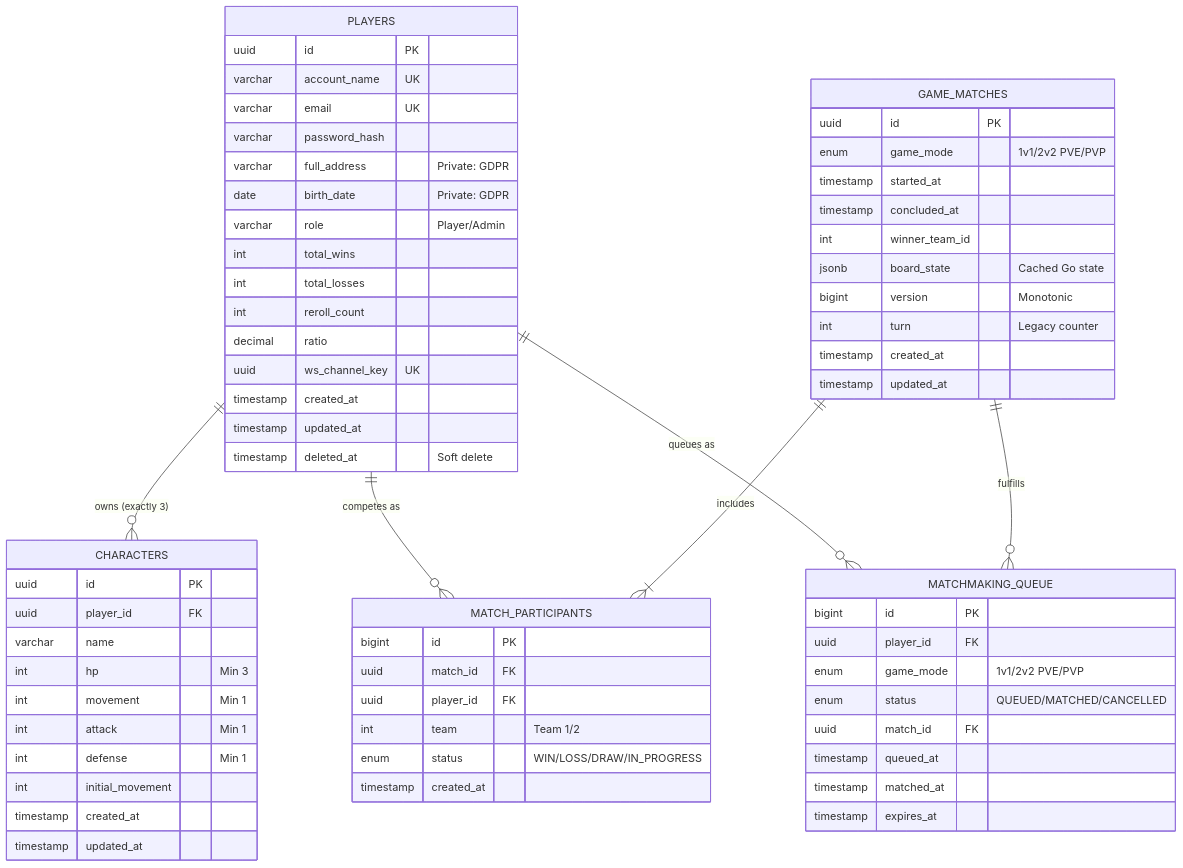
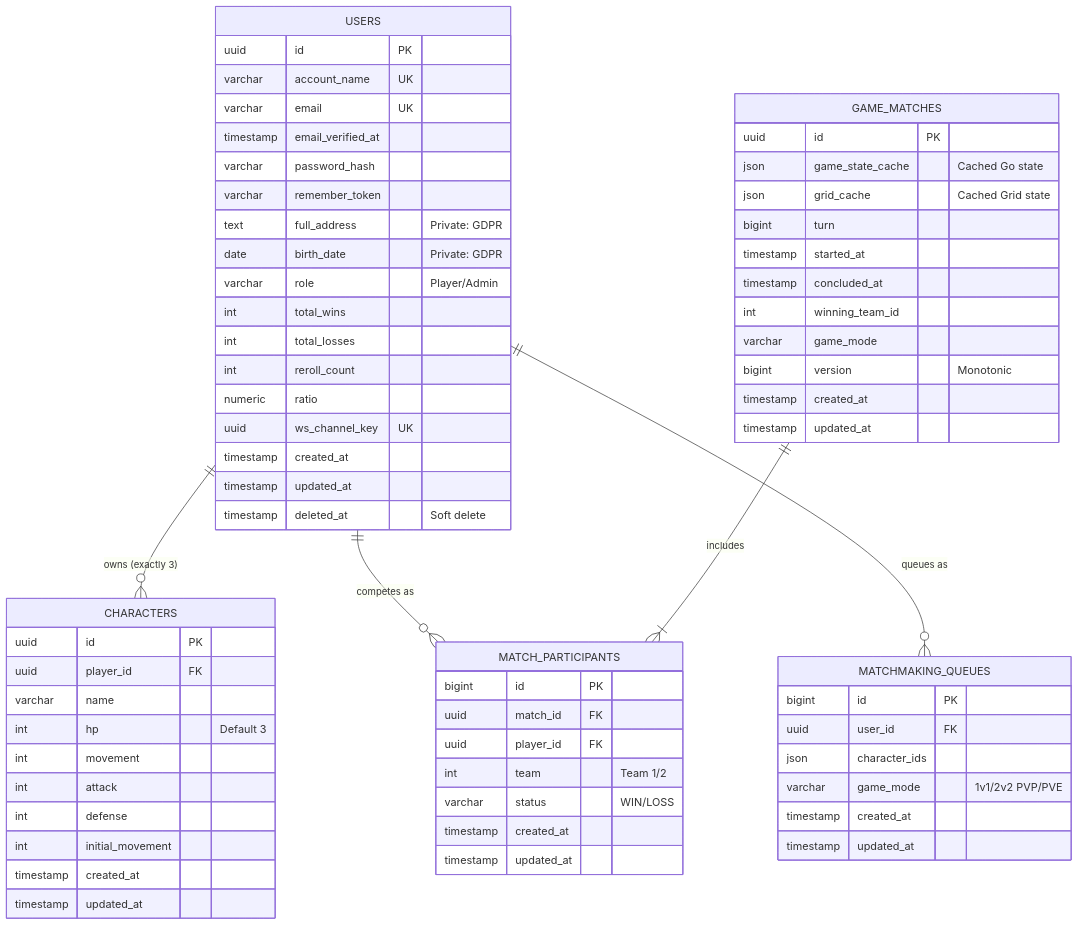
One commit to ecumeurs/upsilon-hub changed the diagram in db.md. Above: the diagram before and after it, drawn with Mermaid. The commit also changed other lines of this file and 3 other files, not shown here.

Commit message:
docs: synchronize db.md with actual schema and file drift issue ISS-060

````diff
--- a/db.md
+++ b/db.md
@@ -91,72 +90,73 @@
 ```mermaid
 erDiagram
-    PLAYERS ||--o{ CHARACTERS : "owns (exactly 3)"
-    PLAYERS ||--o{ MATCH_PARTICIPANTS : "competes as"
-    PLAYERS ||--o{ MATCHMAKING_QUEUE : "queues as"
+    USERS ||--o{ CHARACTERS : "owns (exactly 3)"
+    USERS ||--o{ MATCH_PARTICIPANTS : "competes as"
+    USERS ||--o{ MATCHMAKING_QUEUES : "queues as"
     GAME_MATCHES ||--|{ MATCH_PARTICIPANTS : "includes"
-    GAME_MATCHES ||--o{ MATCHMAKING_QUEUE : "fulfills"
     
-    PLAYERS {
+    USERS {
         uuid id PK
         varchar account_name UK
         varchar email UK
+        timestamp email_verified_at
         varchar password_hash
-        varchar full_address "Private: GDPR"
+        varchar remember_token
+        text full_address "Private: GDPR"
         date birth_date "Private: GDPR"
         varchar role "Player/Admin"
         int total_wins
         int total_losses
         int reroll_count
-        decimal ratio
+        numeric ratio
         uuid ws_channel_key UK
         timestamp created_at
         timestamp updated_at
         timestamp deleted_at "Soft delete"
     }
     
     CHARACTERS {
         uuid id PK
         uuid player_id FK
         varchar name
-        int hp "Min 3"
-        int movement "Min 1"
-        int attack "Min 1"
-        int defense "Min 1"
+        int hp "Default 3"
+        int movement
+        int attack
+        int defense
         int initial_movement
         timestamp created_at
         timestamp updated_at
     }
     
     GAME_MATCHES {
         uuid id PK
-        enum game_mode "1v1/2v2 PVE/PVP"
+        json game_state_cache "Cached Go state"
+        json grid_cache "Cached Grid state"
+        bigint turn
         timestamp started_at
         timestamp concluded_at
-        int winner_team_id
-        jsonb board_state "Cached Go state"
+        int winning_team_id
+        varchar game_mode
         bigint version "Monotonic"
-        int turn "Legacy counter"
         timestamp created_at
         timestamp updated_at
     }
 
     MATCH_PARTICIPANTS {
         bigint id PK
         uuid match_id FK
         uuid player_id FK
         int team "Team 1/2"
-        enum status "WIN/LOSS/DRAW/IN_PROGRESS"
+        varchar status "WIN/LOSS"
         timestamp created_at
+        timestamp updated_at
     }
     
-    MATCHMAKING_QUEUE {
+    MATCHMAKING_QUEUES {
         bigint id PK
-        uuid player_id FK
-        enum game_mode "1v1/2v2 PVE/PVP"
-        enum status "QUEUED/MATCHED/CANCELLED"
-        uuid match_id FK
-        timestamp queued_at
-        timestamp matched_at
-        timestamp expires_at
+        uuid user_id FK
+        json character_ids
+        varchar game_mode "1v1/2v2 PVP/PVE"
+        timestamp created_at
+        timestamp updated_at
     }
 ```
````
